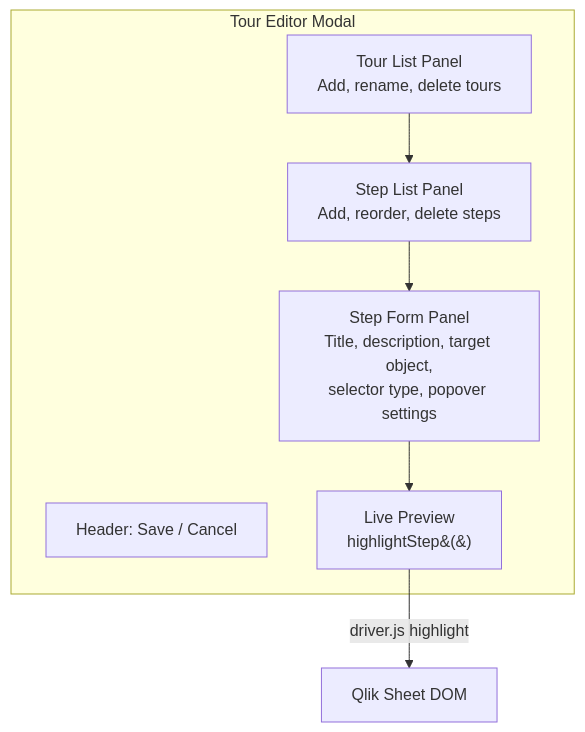
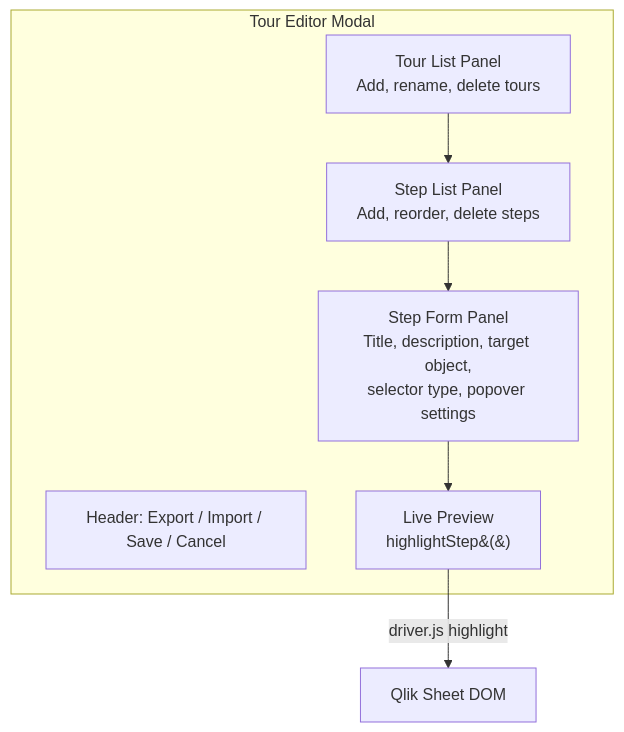
The fifth of 6 diagrams in docs/TOUR-SYSTEM.md (ptarmiganlabs/onboard.qs), drawn with Mermaid before and after one commit. The commit also changed other lines of this file, not shown here.

````diff
--- a/docs/TOUR-SYSTEM.md
+++ b/docs/TOUR-SYSTEM.md
@@ -349,15 +351,15 @@
 ```mermaid
 flowchart TD
     subgraph "Tour Editor Modal"
-        H[Header: Save / Cancel]
+        H[Header: Export / Import / Save / Cancel]
         TL[Tour List Panel<br/>Add, rename, delete tours]
         SL[Step List Panel<br/>Add, reorder, delete steps]
         SF[Step Form Panel<br/>Title, description, target object,<br/>selector type, popover settings]
         PV[Live Preview<br/>highlightStep&#40;&#41;]
     end
 
     TL --> SL
     SL --> SF
     SF --> PV
     PV --> |driver.js highlight| DOM[Qlik Sheet DOM]
 ```
````
